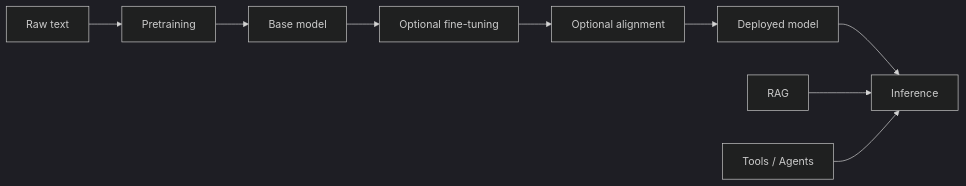
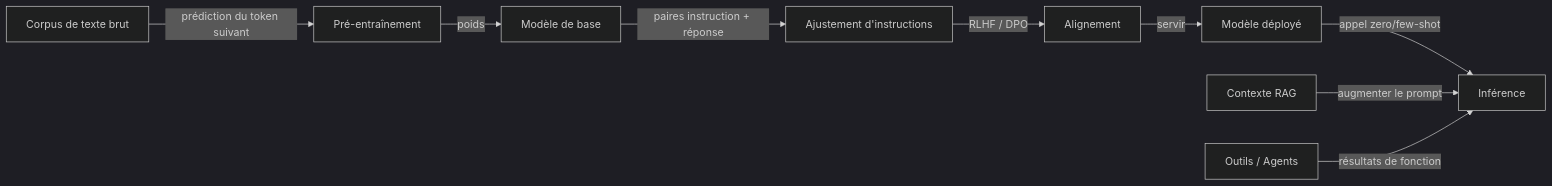
One commit to EmersonBraun/ai-summary-hub changed the diagram in i18n/fr/docusaurus-plugin-content-docs/current/llms/index.md. Above: the diagram before and after it, drawn with Mermaid (dark theme). The commit also changed other lines of this file and 242 other files, not shown here.

````diff
--- a/i18n/fr/docusaurus-plugin-content-docs/current/llms/index.md
+++ b/i18n/fr/docusaurus-plugin-content-docs/current/llms/index.md
@@ -19,11 +21,11 @@
 ```mermaid
 flowchart LR
-  Data[Raw text] --> Pretrain[Pretraining]
-  Pretrain --> Base[Base model]
-  Base --> Tune[Optional fine-tuning]
-  Tune --> Align[Optional alignment]
-  Align --> Deploy[Deployed model]
-  Deploy --> Infer[Inference]
-  RAG[RAG] --> Infer
-  Tools["Tools / Agents"] --> Infer
+  Data[Corpus de texte brut] -->|prédiction du token suivant| Pretrain[Pré-entraînement]
+  Pretrain -->|poids| Base[Modèle de base]
+  Base -->|paires instruction + réponse| Tune[Ajustement d'instructions]
+  Tune -->|RLHF / DPO| Align[Alignement]
+  Align -->|servir| Deploy[Modèle déployé]
+  Deploy -->|appel zero/few-shot| Infer[Inférence]
+  RAG[Contexte RAG] -->|augmenter le prompt| Infer
+  Tools[Outils / Agents] -->|résultats de fonction| Infer
 ```
````
